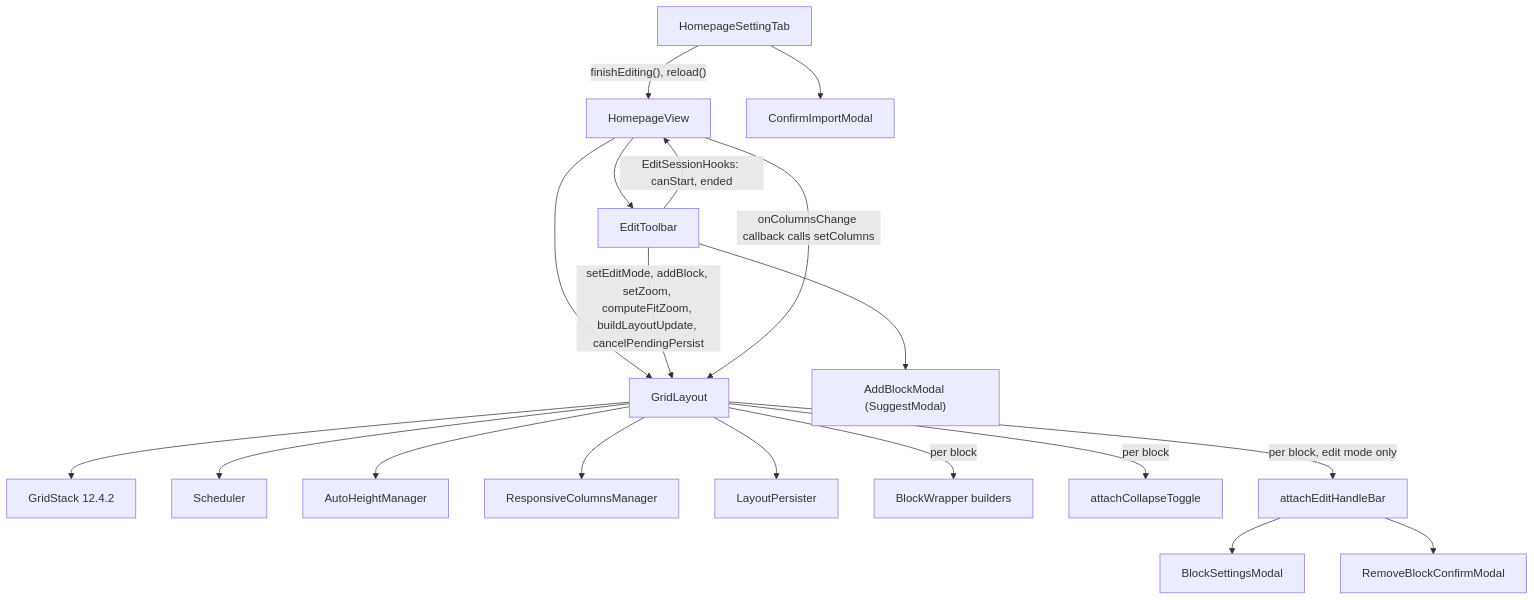
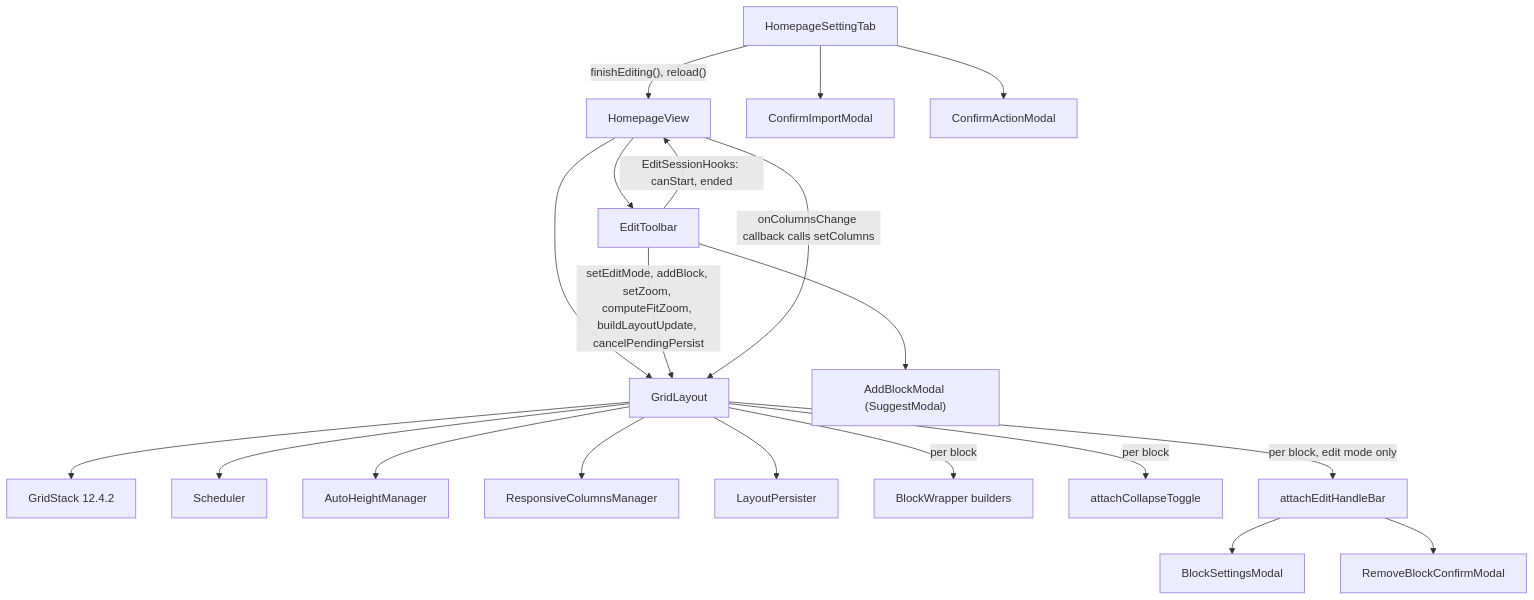
Before and after one commit to acaprino/obsidian-plugin-homepage: the first of 4 diagrams in docs/api/grid.md, drawn with Mermaid. The commit also changed other lines of this file and 11 other files, not shown here.

````diff
--- a/docs/api/grid.md
+++ b/docs/api/grid.md
@@ -70,21 +73,22 @@
 ```mermaid
 flowchart TD
   HV["HomepageView"] --> GL["GridLayout"]
   HV --> ET["EditToolbar"]
   ET -->|"setEditMode, addBlock, setZoom, computeFitZoom, buildLayoutUpdate, cancelPendingPersist"| GL
   HV -->|"onColumnsChange callback calls setColumns"| GL
   ET --> ABM["AddBlockModal (SuggestModal)"]
   GL --> GS["GridStack 12.4.2"]
   GL --> SCH["Scheduler"]
   GL --> AH["AutoHeightManager"]
   GL --> RC["ResponsiveColumnsManager"]
   GL --> LP["LayoutPersister"]
   GL -->|"per block"| BW["BlockWrapper builders"]
   GL -->|"per block"| CT["attachCollapseToggle"]
   GL -->|"per block, edit mode only"| EHB["attachEditHandleBar"]
   EHB --> BSM["BlockSettingsModal"]
   EHB --> RBC["RemoveBlockConfirmModal"]
   ST["HomepageSettingTab"] --> CIM["ConfirmImportModal"]
+  ST --> CAM["ConfirmActionModal"]
   ST -->|"finishEditing(), reload()"| HV
   ET -->|"EditSessionHooks: canStart, ended"| HV
 ```
````
